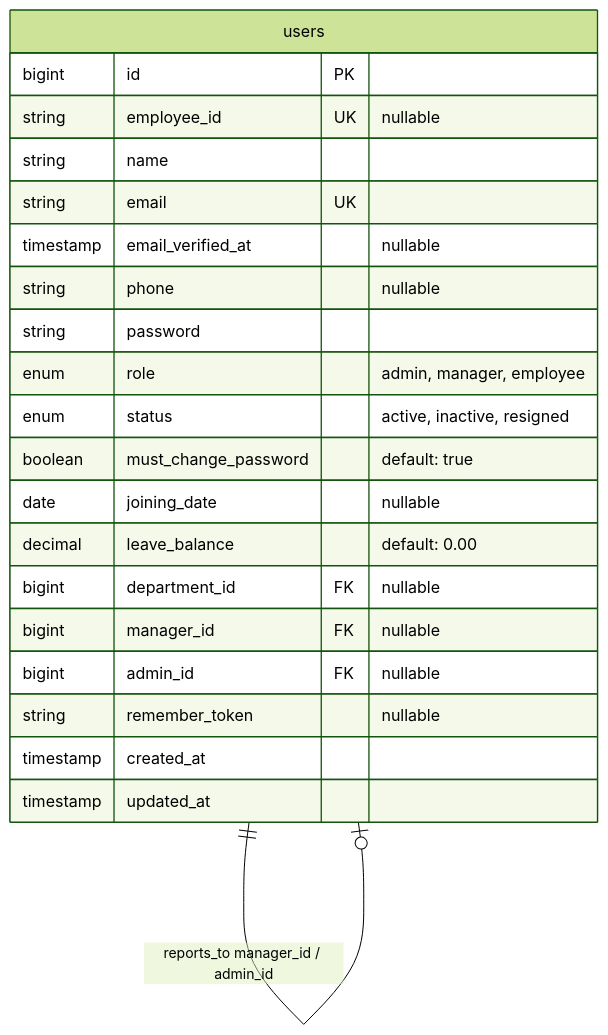
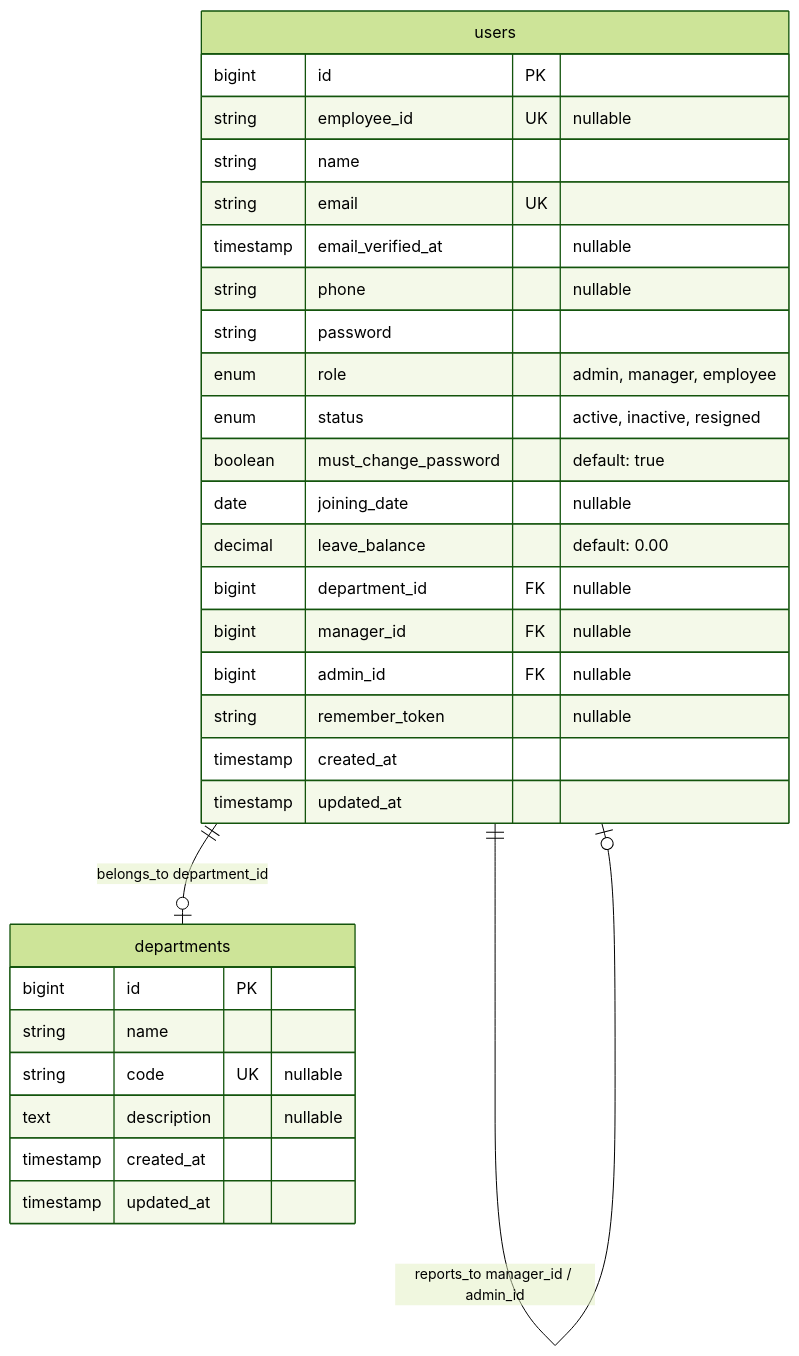
One commit to Joshua-Sarkar/Attendance-Management-System changed the diagram in docs/DATABASE_MAP.md. Above: the diagram before and after it, drawn with Mermaid (forest theme). The commit also changed other lines of this file and 4 other files, not shown here.

Commit message:
docs(workforce): reconcile departments, employees and hierarchy architecture

````diff
--- a/docs/DATABASE_MAP.md
+++ b/docs/DATABASE_MAP.md
@@ -9,25 +9,35 @@
 ```mermaid
 erDiagram
     users {
         bigint id PK
         string employee_id UK "nullable"
         string name
         string email UK
         timestamp email_verified_at "nullable"
         string phone "nullable"
         string password
         enum role "admin, manager, employee"
         enum status "active, inactive, resigned"
         boolean must_change_password "default: true"
         date joining_date "nullable"
         decimal leave_balance "default: 0.00"
         bigint department_id FK "nullable"
         bigint manager_id FK "nullable"
         bigint admin_id FK "nullable"
         string remember_token "nullable"
         timestamp created_at
         timestamp updated_at
     }
 
+    departments {
+        bigint id PK
+        string name
+        string code UK "nullable"
+        text description "nullable"
+        timestamp created_at
+        timestamp updated_at
+    }
+
     users ||--o| users : "reports_to manager_id / admin_id"
+    users ||--o| departments : "belongs_to department_id"
 ```
````
